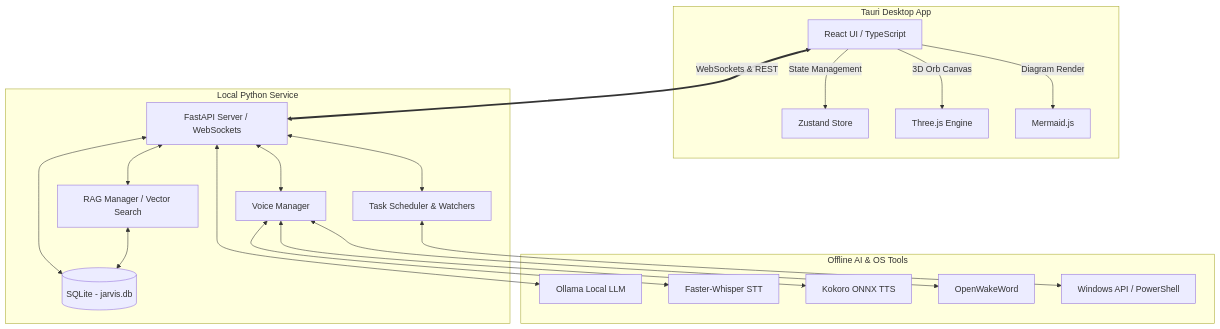
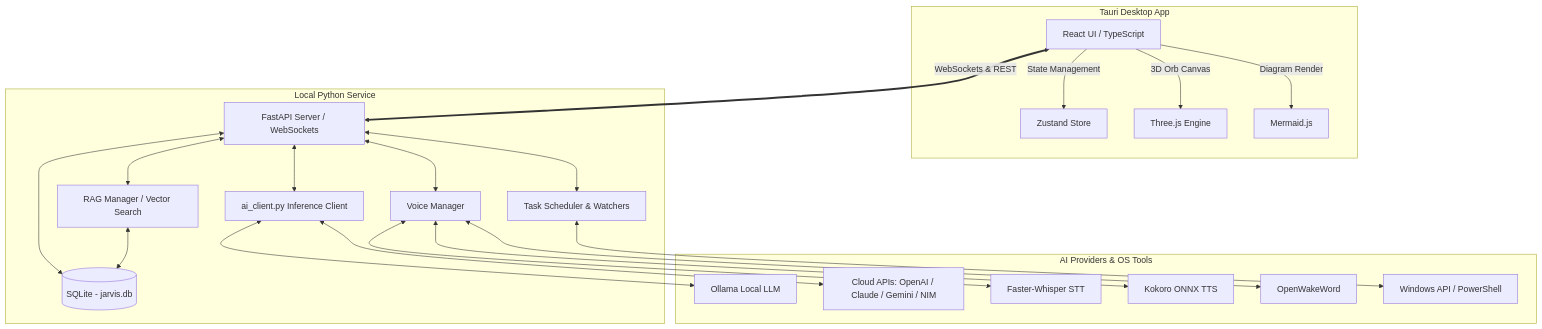
Before and after one commit to HousseinTlili/New-Jarvis: the diagram in README.md, drawn with Mermaid. The commit also changed other lines of this file and 13 other files, not shown here.

````diff
--- a/README.md
+++ b/README.md
@@ -26,36 +29,40 @@
 ```mermaid
 graph TD
     subgraph Frontend [Tauri Desktop App]
         UI[React UI / TypeScript] -->|State Management| ZS[Zustand Store]
         UI -->|3D Orb Canvas| Three[Three.js Engine]
         UI -->|Diagram Render| Mermaid[Mermaid.js]
     end
 
     subgraph Backend [Local Python Service]
         FastAPI[FastAPI Server / WebSockets]
+        AIC[ai_client.py Inference Client]
         RAG[RAG Manager / Vector Search]
         Voice[Voice Manager]
         Sched[Task Scheduler & Watchers]
         DB[(SQLite - jarvis.db)]
     end
 
-    subgraph External [Offline AI & OS Tools]
+    subgraph External [AI Providers & OS Tools]
         Ollama[Ollama Local LLM]
+        APIs[Cloud APIs: OpenAI / Claude / Gemini / NIM]
         Whisper[Faster-Whisper STT]
         Kokoro[Kokoro ONNX TTS]
         OpenWakeWord[OpenWakeWord]
         OS[Windows API / PowerShell]
     end
 
     UI <==>|WebSockets & REST| FastAPI
+    FastAPI <--> AIC
     FastAPI <--> RAG
     FastAPI <--> Voice
     FastAPI <--> Sched
     FastAPI <--> DB
     Voice <--> Whisper
     Voice <--> Kokoro
     Voice <--> OpenWakeWord
     RAG <--> DB
-    FastAPI <--> Ollama
+    AIC <--> Ollama
+    AIC <--> APIs
     Sched <--> OS
 ```
````
